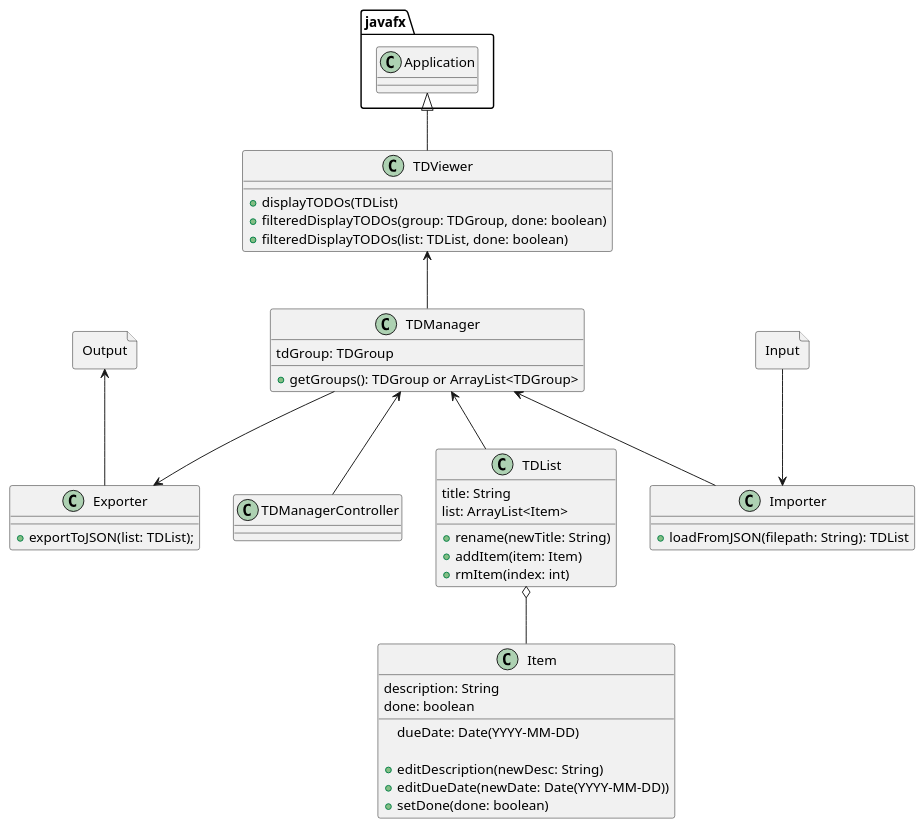
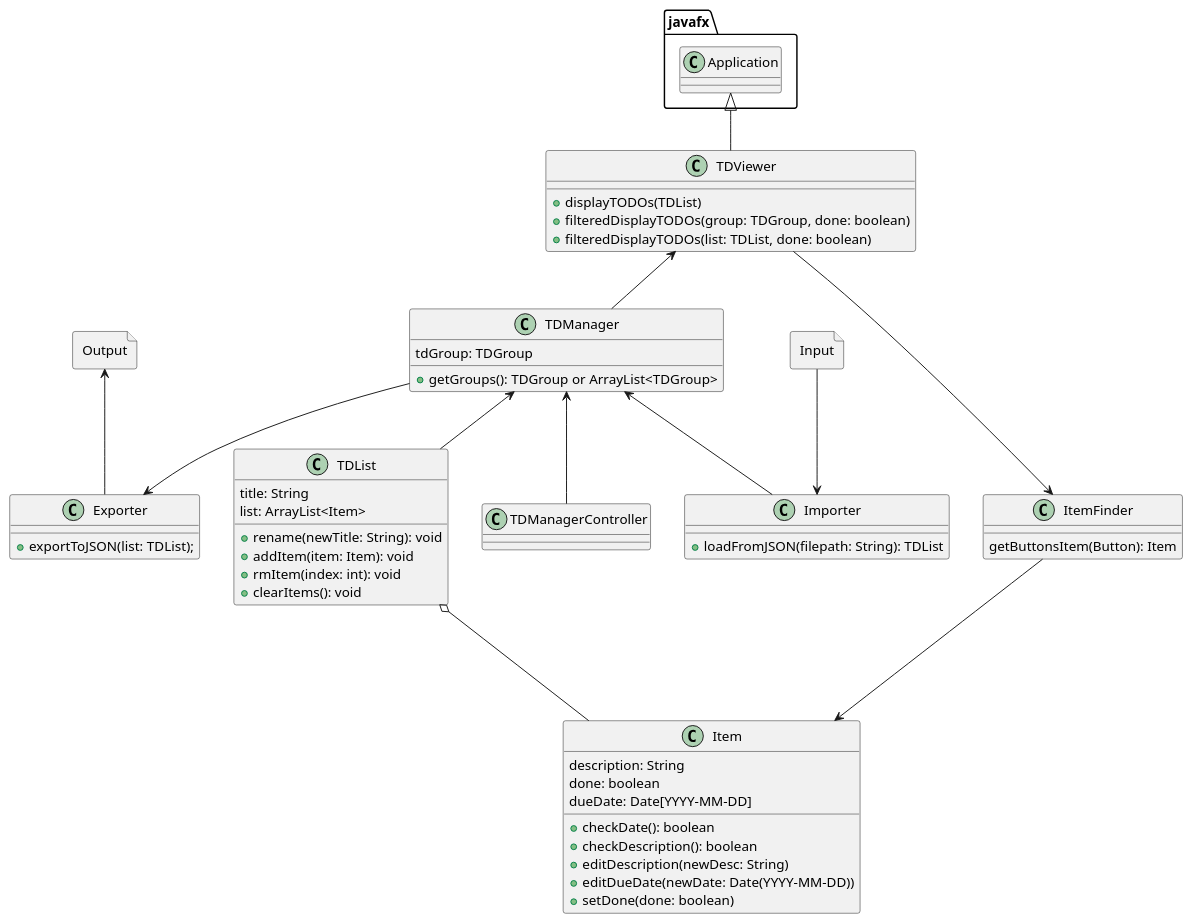
Before and after one commit to MontgomeryJukebox/Santamaria-cop3330-assignment4part2: the diagram in uml/TDList.puml, drawn with PlantUML. The commit also changed 19 other files, not shown here.

```diff
--- a/uml/TDList.puml
+++ b/uml/TDList.puml
@@ -1,65 +1,74 @@
 @startuml
 'https://plantuml.com/class-diagram
 
 class TDManagerController {
 
 }
 
 class TDViewer {
     + displayTODOs(TDList)
     + filteredDisplayTODOs(group: TDGroup, done: boolean)
     + filteredDisplayTODOs(list: TDList, done: boolean)
 }
 
 class Exporter {
     + exportToJSON(list: TDList);
 }
 
 File Output {
 
 }
 
 File Input {
 
 }
 
+class ItemFinder {
+    getButtonsItem(Button): Item
+}
+
 class Importer {
     + loadFromJSON(filepath: String): TDList
 }
 
 class TDManager {
     tdGroup: TDGroup
 
     + getGroups(): TDGroup or ArrayList<TDGroup>
 }
 
 class TDList {
     title: String
     list: ArrayList<Item>
 
-    + rename(newTitle: String)
-    + addItem(item: Item)
-    + rmItem(index: int)
+    + rename(newTitle: String): void
+    + addItem(item: Item): void
+    + rmItem(index: int): void
+    + clearItems(): void
 }
 
 class Item {
     description: String
     done: boolean
-    dueDate: Date(YYYY-MM-DD)
+    dueDate: Date[YYYY-MM-DD]
 
+    + checkDate(): boolean
+    + checkDescription(): boolean
     + editDescription(newDesc: String)
     + editDueDate(newDate: Date(YYYY-MM-DD))
     + setDone(done: boolean)
 }
 
 javafx.Application <|-- TDViewer
 TDManager <-- TDManagerController
 TDList o-- Item
 TDManager <-- TDList
 TDViewer <-- TDManager
 TDManager --> Exporter
 TDManager <-- Importer
 Output <-- Exporter
 Input --> Importer
+TDViewer ---> ItemFinder
+ItemFinder ---> Item
 
 @enduml
```
